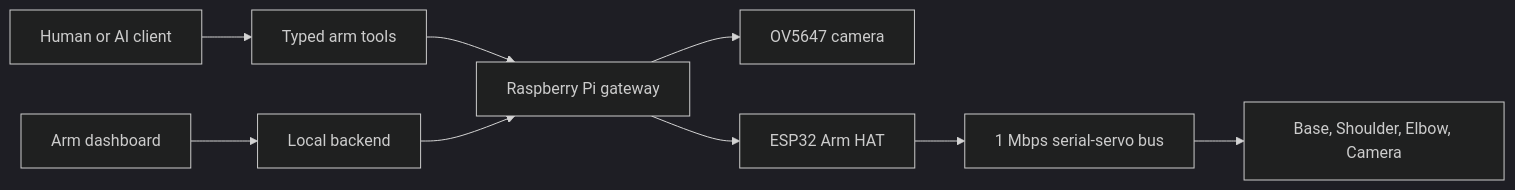
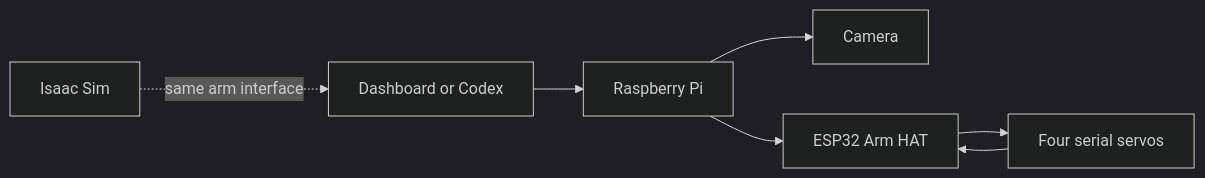
The diagram in README.md (over-TT/co-arm), drawn with Mermaid (dark theme) before and after one commit. The commit also changed other lines of this file and 204 other files, not shown here.

````diff
--- a/README.md
+++ b/README.md
@@ -41,11 +58,9 @@
 ```mermaid
 flowchart LR
-    Operator["Human or AI client"] --> MCP["Typed arm tools"]
-    Dashboard["Arm dashboard"] --> Backend["Local backend"]
-    MCP --> Pi["Raspberry Pi gateway"]
-    Backend --> Pi
-    Pi --> Camera["OV5647 camera"]
-    Pi --> HAT["ESP32 Arm HAT"]
-    HAT --> Bus["1 Mbps serial-servo bus"]
-    Bus --> Joints["Base, Shoulder, Elbow, Camera"]
+    USER["Dashboard or Codex"] --> PI["Raspberry Pi"]
+    PI --> CAM["Camera"]
+    PI --> HAT["ESP32 Arm HAT"]
+    HAT --> SERVOS["Four serial servos"]
+    SERVOS --> HAT
+    SIM["Isaac Sim"] -. same arm interface .-> USER
 ```
````
